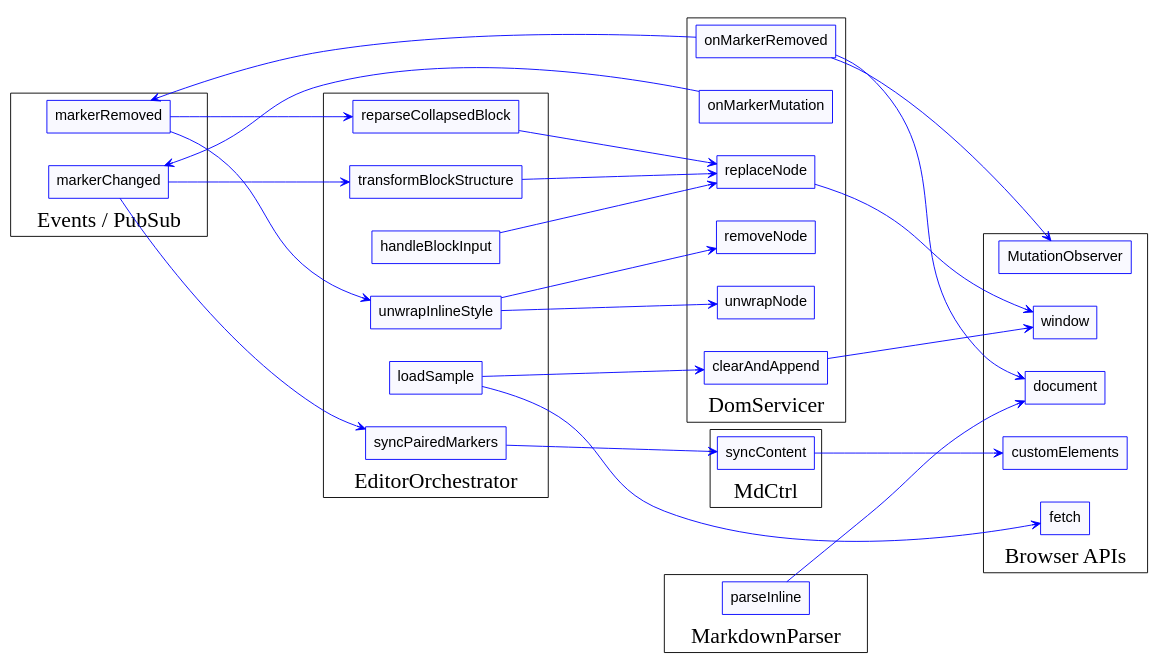
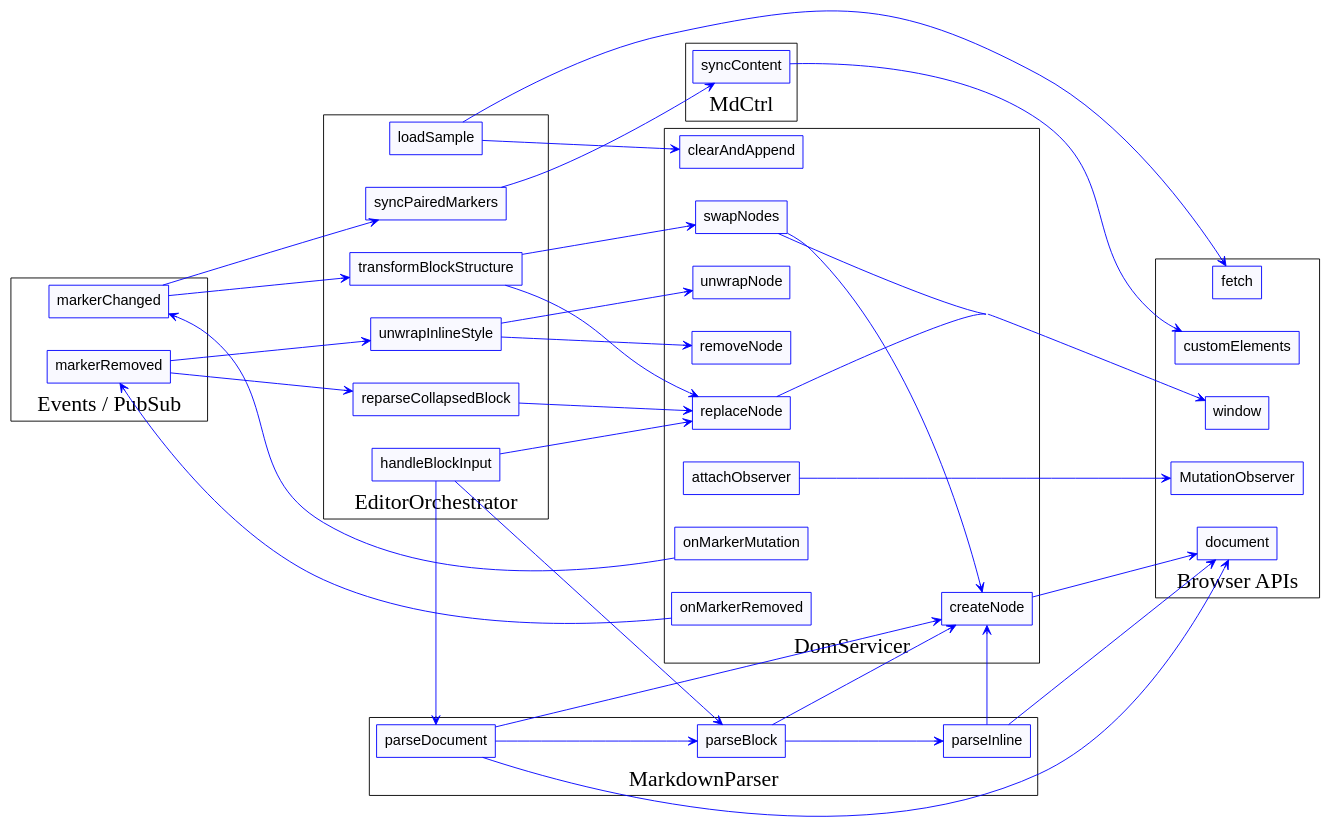
One commit to invisement/markdown-presentation changed the diagram in reports/logic-graph.dot. Above: the diagram before and after it, drawn with Graphviz.

Commit message:
docs: include createNode and related edges in logic graph

```diff
--- a/reports/logic-graph.dot
+++ b/reports/logic-graph.dot
@@ -1,65 +1,80 @@
 digraph logic {
   graph [fontsize=24; rankdir="LR"; labelloc="b"; concentrate=true; overlap=false; splines=true; color=black; nodesep=0.5; ranksep=2;];
   node [shape=box, fontsize=16, color=blue, fontname="Arial", style=filled, fillcolor="#f9f9ff"];
   edge [fontsize=12, color=blue, arrowhead=vee];
 
   subgraph "cluster_EditorOrchestrator" {
     label = "EditorOrchestrator";
     "editor-orchestrator.ts:EditorOrchestrator:syncPairedMarkers" [label="syncPairedMarkers", URL="editor-orchestrator.ts", tooltip="editor-orchestrator.ts"];
     "editor-orchestrator.ts:EditorOrchestrator:transformBlockStructure" [label="transformBlockStructure", URL="editor-orchestrator.ts", tooltip="editor-orchestrator.ts"];
     "editor-orchestrator.ts:EditorOrchestrator:reparseCollapsedBlock" [label="reparseCollapsedBlock", URL="editor-orchestrator.ts", tooltip="editor-orchestrator.ts"];
     "editor-orchestrator.ts:EditorOrchestrator:unwrapInlineStyle" [label="unwrapInlineStyle", URL="editor-orchestrator.ts", tooltip="editor-orchestrator.ts"];
     "editor-orchestrator.ts:EditorOrchestrator:handleBlockInput" [label="handleBlockInput", URL="editor-orchestrator.ts", tooltip="editor-orchestrator.ts"];
     "editor-orchestrator.ts:EditorOrchestrator:loadSample" [label="loadSample", URL="editor-orchestrator.ts", tooltip="editor-orchestrator.ts"];
   }
   subgraph "cluster_MdCtrl" {
     label = "MdCtrl";
     "dom-servicer.ts:MdCtrl:syncContent" [label="syncContent", URL="dom-servicer.ts", tooltip="dom-servicer.ts"];
   }
   subgraph "cluster_DomServicer" {
     label = "DomServicer";
     "dom-servicer.ts:DomServicer:replaceNode" [label="replaceNode", URL="dom-servicer.ts", tooltip="dom-servicer.ts"];
+    "dom-servicer.ts:DomServicer:swapNodes" [label="swapNodes", URL="dom-servicer.ts", tooltip="dom-servicer.ts"];
     "dom-servicer.ts:DomServicer:removeNode" [label="removeNode", URL="dom-servicer.ts", tooltip="dom-servicer.ts"];
     "dom-servicer.ts:DomServicer:unwrapNode" [label="unwrapNode", URL="dom-servicer.ts", tooltip="dom-servicer.ts"];
     "dom-servicer.ts:DomServicer:clearAndAppend" [label="clearAndAppend", URL="dom-servicer.ts", tooltip="dom-servicer.ts"];
+    "dom-servicer.ts:DomServicer:createNode" [label="createNode", URL="dom-servicer.ts", tooltip="dom-servicer.ts"];
+    "dom-servicer.ts:DomServicer:attachObserver" [label="attachObserver", URL="dom-servicer.ts", tooltip="dom-servicer.ts"];
+    "dom-servicer.ts:DomServicer:onMarkerMutation" [label="onMarkerMutation", URL="dom-servicer.ts", tooltip="dom-servicer.ts"];
     "dom-servicer.ts:DomServicer:onMarkerRemoved" [label="onMarkerRemoved", URL="dom-servicer.ts", tooltip="dom-servicer.ts"];
-    "dom-servicer.ts:DomServicer:onMarkerMutation" [label="onMarkerMutation", URL="dom-servicer.ts", tooltip="dom-servicer.ts"];
   }
   subgraph "cluster_MarkdownParser" {
     label = "MarkdownParser";
+    "markdown-parser.ts:MarkdownParser:parseDocument" [label="parseDocument", URL="markdown-parser.ts", tooltip="markdown-parser.ts"];
+    "markdown-parser.ts:MarkdownParser:parseBlock" [label="parseBlock", URL="markdown-parser.ts", tooltip="markdown-parser.ts"];
     "markdown-parser.ts:MarkdownParser:parseInline" [label="parseInline", URL="markdown-parser.ts", tooltip="markdown-parser.ts"];
   }
   subgraph cluster_events {
     label = "Events / PubSub";
     "Topic:markerChanged" [label="markerChanged", URL="pubsub.ts", tooltip="pubsub.ts"];
     "Topic:markerRemoved" [label="markerRemoved", URL="pubsub.ts", tooltip="pubsub.ts"];
   }
   subgraph cluster_browser {
     label = "Browser APIs";
     "Browser:fetch" [label="fetch"];
     "Browser:customElements" [label="customElements"];
     "Browser:document" [label="document"];
     "Browser:MutationObserver" [label="MutationObserver"];
     "Browser:window" [label="window"];
   }
   "Topic:markerChanged" -> "editor-orchestrator.ts:EditorOrchestrator:syncPairedMarkers";
   "Topic:markerChanged" -> "editor-orchestrator.ts:EditorOrchestrator:transformBlockStructure";
   "Topic:markerRemoved" -> "editor-orchestrator.ts:EditorOrchestrator:reparseCollapsedBlock";
   "Topic:markerRemoved" -> "editor-orchestrator.ts:EditorOrchestrator:unwrapInlineStyle";
-  "dom-servicer.ts:DomServicer:clearAndAppend" -> "Browser:window";
+  "dom-servicer.ts:DomServicer:attachObserver" -> "Browser:MutationObserver";
+  "dom-servicer.ts:DomServicer:createNode" -> "Browser:document";
   "dom-servicer.ts:DomServicer:onMarkerMutation" -> "Topic:markerChanged";
-  "dom-servicer.ts:DomServicer:onMarkerRemoved" -> "Browser:MutationObserver";
-  "dom-servicer.ts:DomServicer:onMarkerRemoved" -> "Browser:document";
   "dom-servicer.ts:DomServicer:onMarkerRemoved" -> "Topic:markerRemoved";
   "dom-servicer.ts:DomServicer:replaceNode" -> "Browser:window";
+  "dom-servicer.ts:DomServicer:swapNodes" -> "Browser:window";
+  "dom-servicer.ts:DomServicer:swapNodes" -> "dom-servicer.ts:DomServicer:createNode";
   "dom-servicer.ts:MdCtrl:syncContent" -> "Browser:customElements";
   "editor-orchestrator.ts:EditorOrchestrator:handleBlockInput" -> "dom-servicer.ts:DomServicer:replaceNode";
+  "editor-orchestrator.ts:EditorOrchestrator:handleBlockInput" -> "markdown-parser.ts:MarkdownParser:parseBlock";
+  "editor-orchestrator.ts:EditorOrchestrator:handleBlockInput" -> "markdown-parser.ts:MarkdownParser:parseDocument";
   "editor-orchestrator.ts:EditorOrchestrator:loadSample" -> "Browser:fetch";
   "editor-orchestrator.ts:EditorOrchestrator:loadSample" -> "dom-servicer.ts:DomServicer:clearAndAppend";
   "editor-orchestrator.ts:EditorOrchestrator:reparseCollapsedBlock" -> "dom-servicer.ts:DomServicer:replaceNode";
   "editor-orchestrator.ts:EditorOrchestrator:syncPairedMarkers" -> "dom-servicer.ts:MdCtrl:syncContent";
   "editor-orchestrator.ts:EditorOrchestrator:transformBlockStructure" -> "dom-servicer.ts:DomServicer:replaceNode";
+  "editor-orchestrator.ts:EditorOrchestrator:transformBlockStructure" -> "dom-servicer.ts:DomServicer:swapNodes";
   "editor-orchestrator.ts:EditorOrchestrator:unwrapInlineStyle" -> "dom-servicer.ts:DomServicer:removeNode";
   "editor-orchestrator.ts:EditorOrchestrator:unwrapInlineStyle" -> "dom-servicer.ts:DomServicer:unwrapNode";
+  "markdown-parser.ts:MarkdownParser:parseBlock" -> "dom-servicer.ts:DomServicer:createNode";
+  "markdown-parser.ts:MarkdownParser:parseBlock" -> "markdown-parser.ts:MarkdownParser:parseInline";
+  "markdown-parser.ts:MarkdownParser:parseDocument" -> "Browser:document";
+  "markdown-parser.ts:MarkdownParser:parseDocument" -> "dom-servicer.ts:DomServicer:createNode";
+  "markdown-parser.ts:MarkdownParser:parseDocument" -> "markdown-parser.ts:MarkdownParser:parseBlock";
   "markdown-parser.ts:MarkdownParser:parseInline" -> "Browser:document";
+  "markdown-parser.ts:MarkdownParser:parseInline" -> "dom-servicer.ts:DomServicer:createNode";
 }
```
